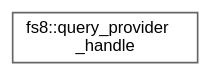
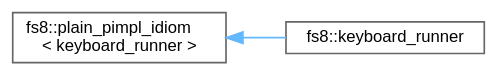
The diagram in api/inherit_graph_85.dot (the-moisrex/foresight), drawn with Graphviz before and after one commit. The commit also changed 187 other files, not shown here.

```diff
--- a/api/inherit_graph_85.dot
+++ b/api/inherit_graph_85.dot
@@ -1,9 +1,11 @@
 digraph "Graphical Class Hierarchy"
 {
  // LATEX_PDF_SIZE
   bgcolor="transparent";
   edge [fontname=Helvetica,fontsize=10,labelfontname=Helvetica,labelfontsize=10];
   node [fontname=Helvetica,fontsize=10,shape=box,height=0.2,width=0.4];
   rankdir="LR";
-  Node0 [id="Node000000",label="fs8::query_provider\l_handle",height=0.2,width=0.4,color="grey40", fillcolor="white", style="filled",URL="$structfs8_1_1query__provider__handle.html",tooltip=" "];
+  Node0 [id="Node000000",label="fs8::plain_pimpl_idiom\l\< keyboard_runner \>",height=0.2,width=0.4,color="grey40", fillcolor="white", style="filled",URL="$structfs8_1_1plain__pimpl__idiom.html",tooltip=" "];
+  Node0 -> Node1 [id="edge91_Node000000_Node000001",dir="back",color="steelblue1",style="solid",tooltip=" "];
+  Node1 [id="Node000001",label="fs8::keyboard_runner",height=0.2,width=0.4,color="grey40", fillcolor="white", style="filled",URL="$structfs8_1_1keyboard__runner.html",tooltip=" "];
 }
```
